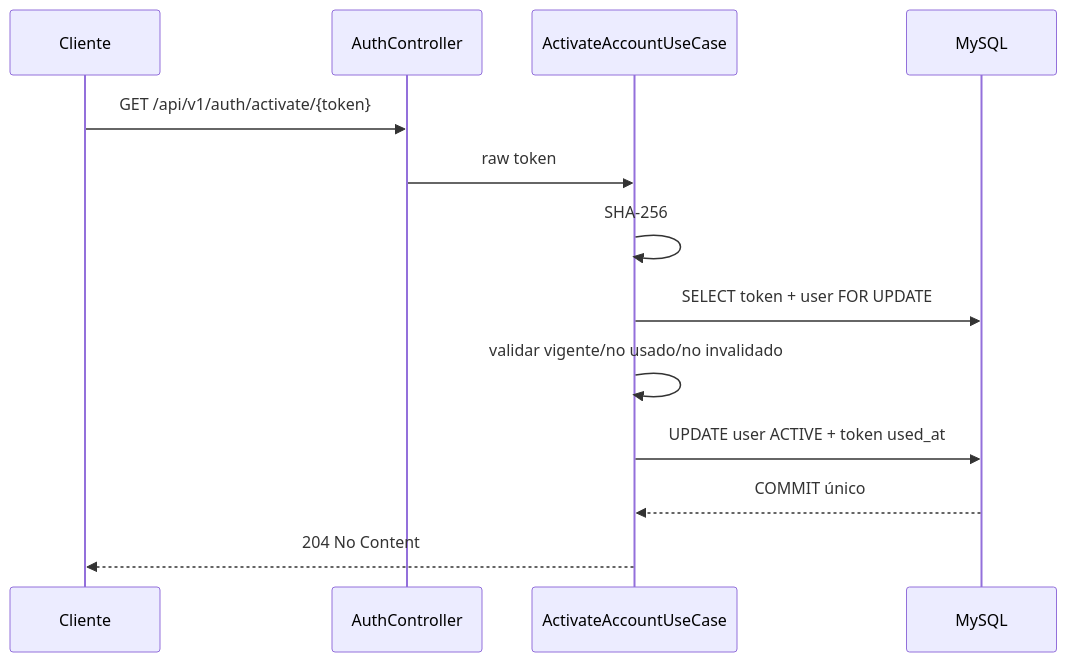
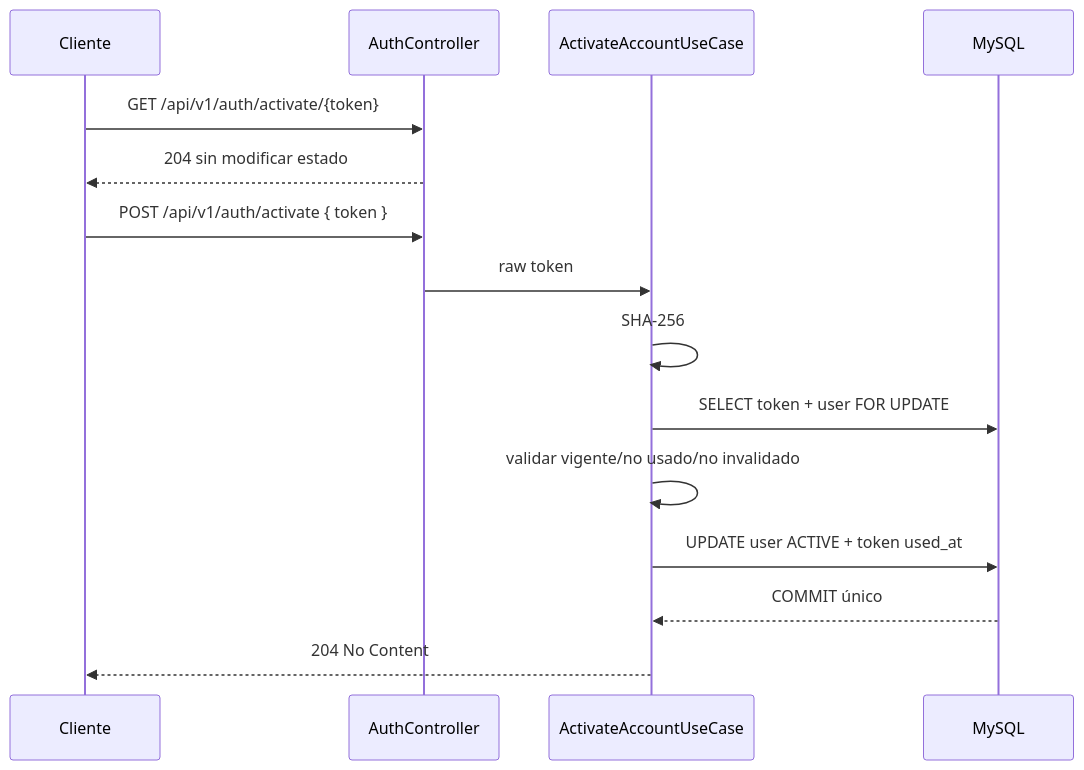
Before and after one commit to urrestarazu-org/menta-dance: the second of 2 diagrams in openspec/changes/auth-account-activation/design.md, drawn with Mermaid. The commit also changed other lines of this file and 20 other files, not shown here.

````diff
--- a/openspec/changes/auth-account-activation/design.md
+++ b/openspec/changes/auth-account-activation/design.md
@@ -112,15 +112,17 @@
 ```mermaid
 sequenceDiagram
     participant C as Cliente
     participant A as AuthController
     participant U as ActivateAccountUseCase
     participant DB as MySQL
     C->>A: GET /api/v1/auth/activate/{token}
+    A-->>C: 204 sin modificar estado
+    C->>A: POST /api/v1/auth/activate { token }
     A->>U: raw token
     U->>U: SHA-256
     U->>DB: SELECT token + user FOR UPDATE
     U->>U: validar vigente/no usado/no invalidado
     U->>DB: UPDATE user ACTIVE + token used_at
     DB-->>U: COMMIT único
     U-->>C: 204 No Content
 ```
````
